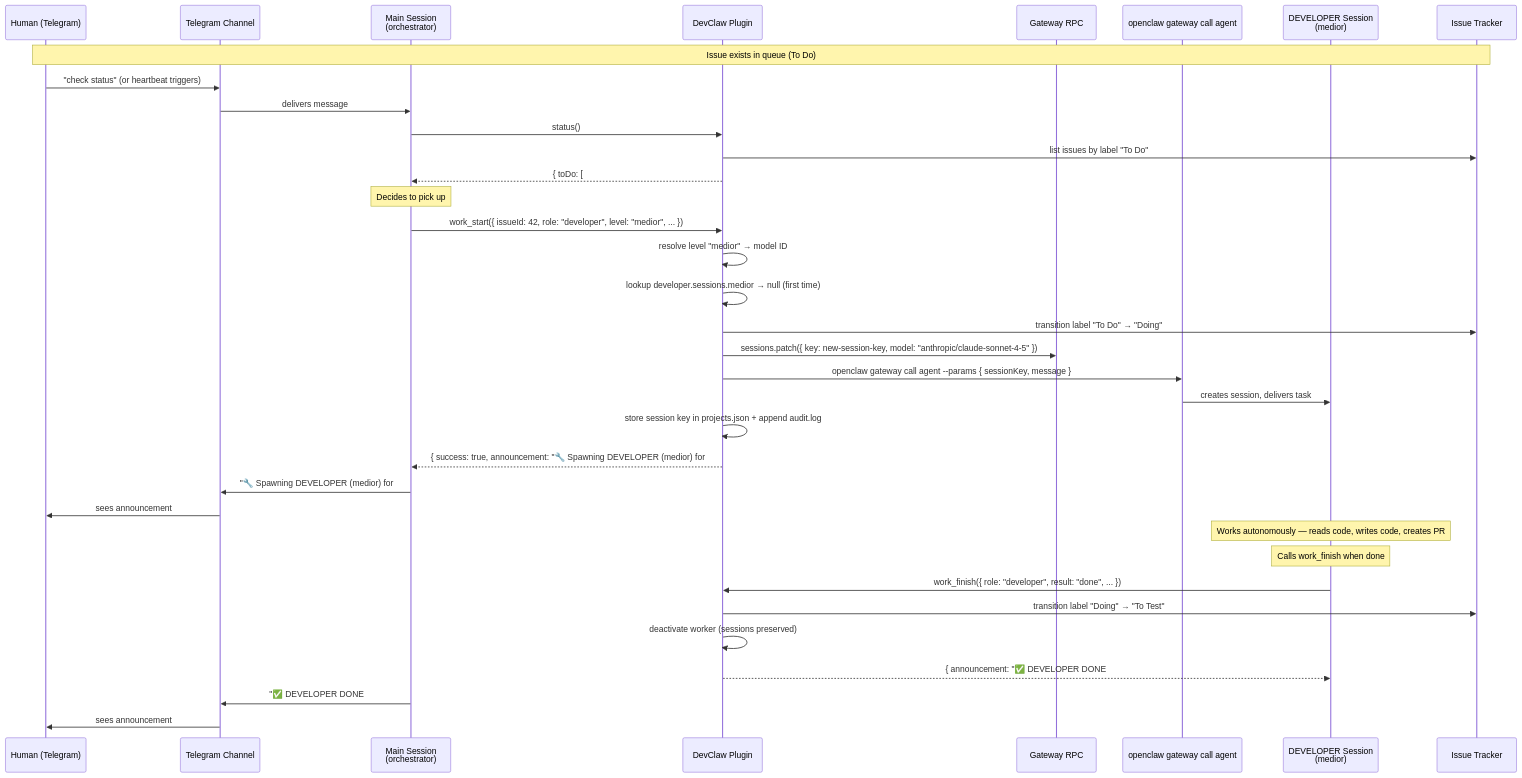
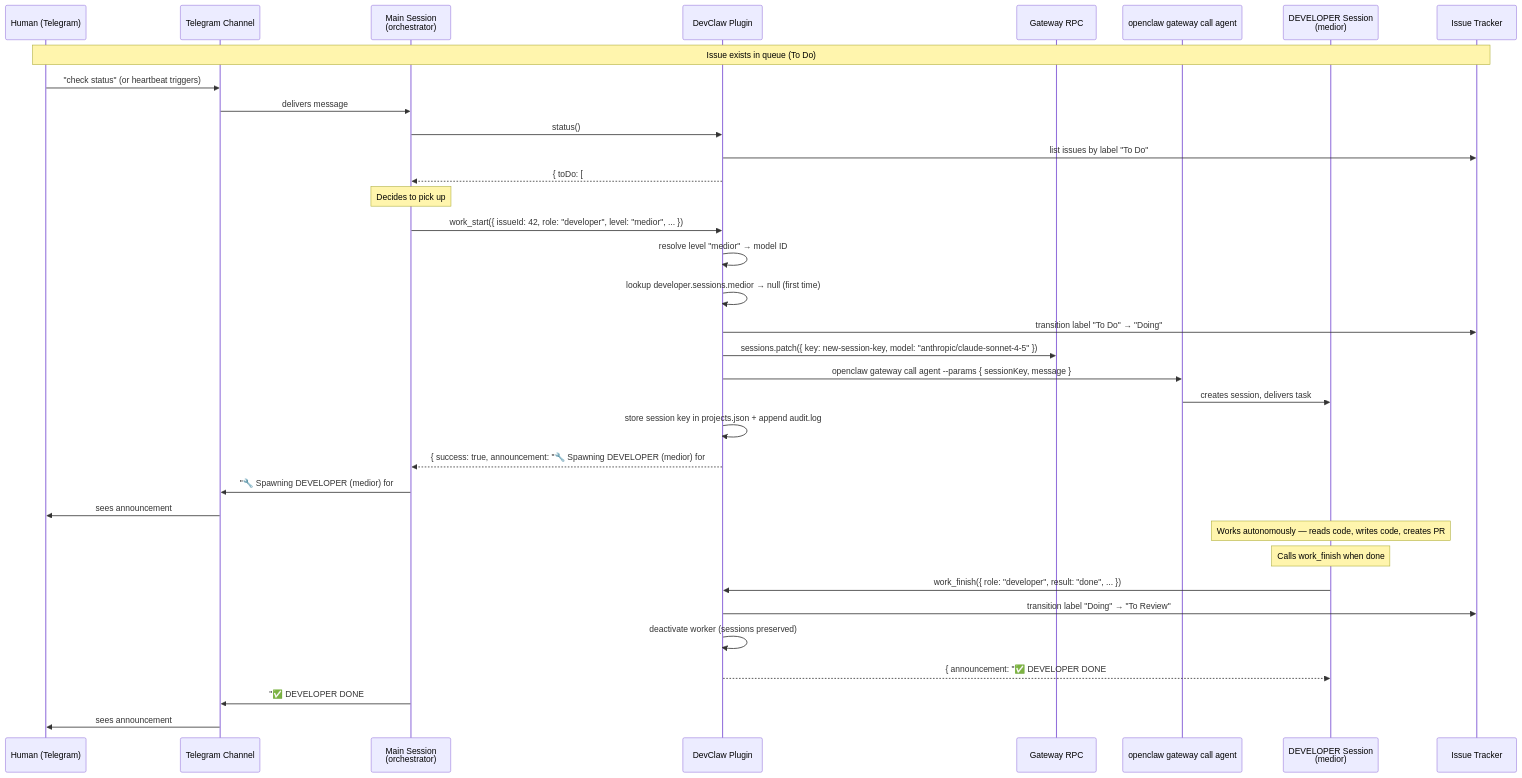
One commit to StrongheartedX/devclaw changed the fourth of 13 diagrams in docs/ARCHITECTURE.md. Above: the diagram before and after it, drawn with Mermaid. The commit also changed other lines of this file and 12 other files, not shown here.

````diff
--- a/docs/ARCHITECTURE.md
+++ b/docs/ARCHITECTURE.md
@@ -226,45 +227,45 @@
 ```mermaid
 sequenceDiagram
     participant H as Human (Telegram)
     participant TG as Telegram Channel
     participant MS as Main Session<br/>(orchestrator)
     participant DC as DevClaw Plugin
     participant GW as Gateway RPC
     participant CLI as openclaw gateway call agent
     participant DEV as DEVELOPER Session<br/>(medior)
     participant GL as Issue Tracker
 
     Note over H,GL: Issue exists in queue (To Do)
 
     H->>TG: "check status" (or heartbeat triggers)
     TG->>MS: delivers message
     MS->>DC: status()
     DC->>GL: list issues by label "To Do"
     DC-->>MS: { toDo: [#42], developer: idle }
 
     Note over MS: Decides to pick up #42 for DEVELOPER as medior
 
     MS->>DC: work_start({ issueId: 42, role: "developer", level: "medior", ... })
     DC->>DC: resolve level "medior" → model ID
     DC->>DC: lookup developer.sessions.medior → null (first time)
     DC->>GL: transition label "To Do" → "Doing"
     DC->>GW: sessions.patch({ key: new-session-key, model: "anthropic/claude-sonnet-4-5" })
     DC->>CLI: openclaw gateway call agent --params { sessionKey, message }
     CLI->>DEV: creates session, delivers task
     DC->>DC: store session key in projects.json + append audit.log
     DC-->>MS: { success: true, announcement: "🔧 Spawning DEVELOPER (medior) for #42" }
 
     MS->>TG: "🔧 Spawning DEVELOPER (medior) for #42: Add login page"
     TG->>H: sees announcement
 
     Note over DEV: Works autonomously — reads code, writes code, creates PR
     Note over DEV: Calls work_finish when done
 
     DEV->>DC: work_finish({ role: "developer", result: "done", ... })
-    DC->>GL: transition label "Doing" → "To Test"
+    DC->>GL: transition label "Doing" → "To Review"
     DC->>DC: deactivate worker (sessions preserved)
     DC-->>DEV: { announcement: "✅ DEVELOPER DONE #42" }
 
-    MS->>TG: "✅ DEVELOPER DONE #42 — moved to TESTER queue"
+    MS->>TG: "✅ DEVELOPER DONE #42 — moved to review queue"
     TG->>H: sees announcement
 ```
````
